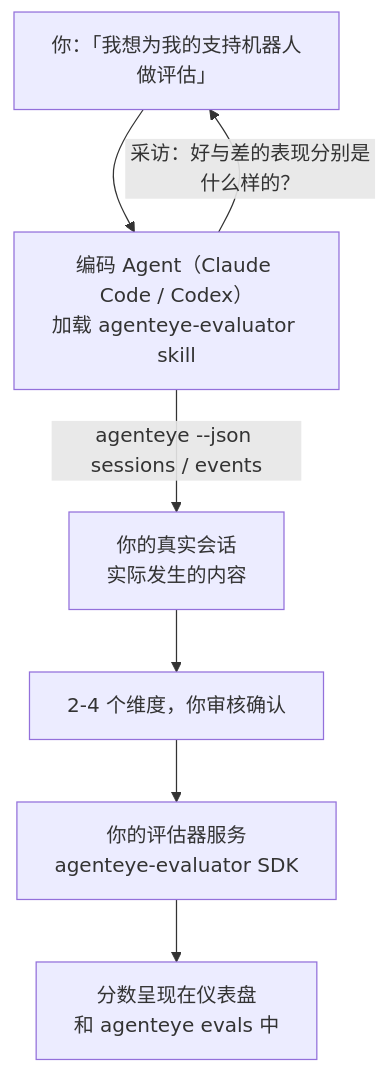
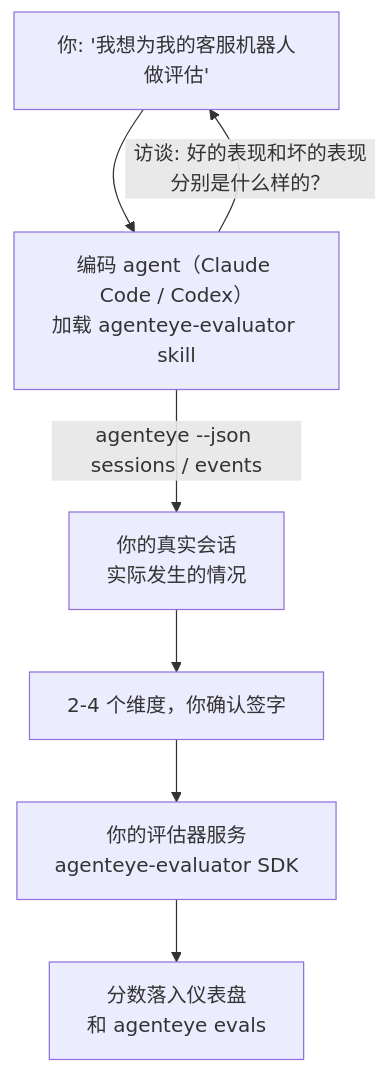
The diagram in docs/zh/agenteye/evaluator-skill.mdx (FailproofAI/failproofai), drawn with Mermaid before and after one commit. The commit also changed other lines of this file and 654 other files, not shown here.

````diff
--- a/docs/zh/agenteye/evaluator-skill.mdx
+++ b/docs/zh/agenteye/evaluator-skill.mdx
@@ -21,9 +21,9 @@
 ```mermaid
 flowchart TD
-    YOU["你：「我想为我的支持机器人做评估」"] --> AGENT["编码 Agent（Claude Code / Codex）<br/>加载 agenteye-evaluator skill"]
-    AGENT -->|"采访：好与差的表现分别是什么样的？"| YOU
-    AGENT -->|"agenteye --json sessions / events"| DATA["你的真实会话<br/>实际发生的内容"]
-    DATA --> DIMS["2-4 个维度，你审核确认"]
+    YOU["你: '我想为我的客服机器人做评估'"] --> AGENT["编码 agent（Claude Code / Codex）<br/>加载 agenteye-evaluator skill"]
+    AGENT -->|"访谈: 好的表现和坏的表现分别是什么样的？"| YOU
+    AGENT -->|"agenteye --json sessions / events"| DATA["你的真实会话<br/>实际发生的情况"]
+    DATA --> DIMS["2-4 个维度，你确认签字"]
     DIMS --> SVC["你的评估器服务<br/>agenteye-evaluator SDK"]
-    SVC --> SCORES["分数呈现在仪表盘<br/>和 agenteye evals 中"]
+    SVC --> SCORES["分数落入仪表盘<br/>和 agenteye evals"]
 ```
````
